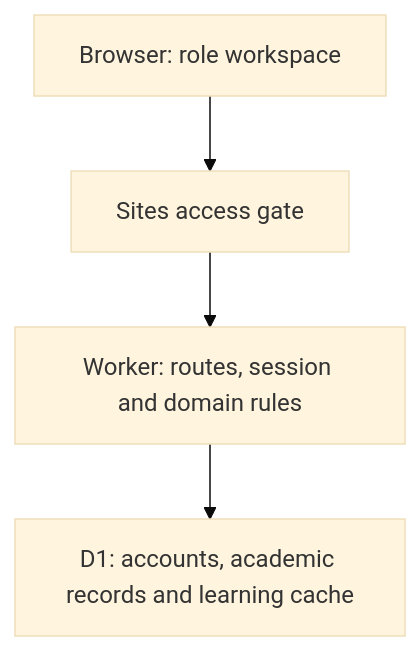
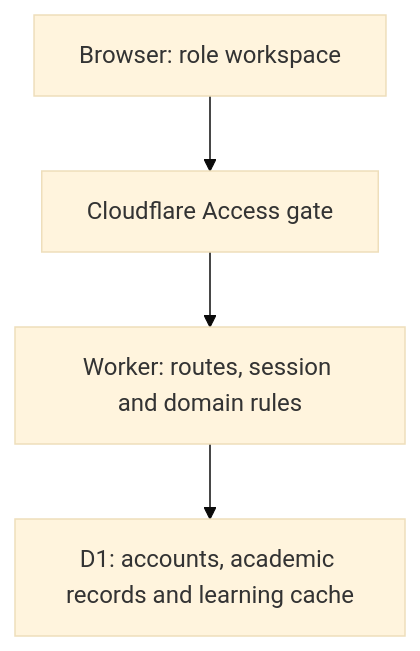
The diagram in docs/ARCHITECTURE.md (aiwithsiddhesh/uniadapt-learning), drawn with Mermaid (base theme) before and after one commit. The commit also changed other lines of this file and 31 other files, not shown here.

````diff
--- a/docs/ARCHITECTURE.md
+++ b/docs/ARCHITECTURE.md
@@ -5,6 +5,6 @@
 ```mermaid
 flowchart TD
-  B["Browser: role workspace"] --> G["Sites access gate"]
+  B["Browser: role workspace"] --> G["Cloudflare Access gate"]
   G --> W["Worker: routes, session and domain rules"]
   W --> D["D1: accounts, academic records and learning cache"]
 ```
````
